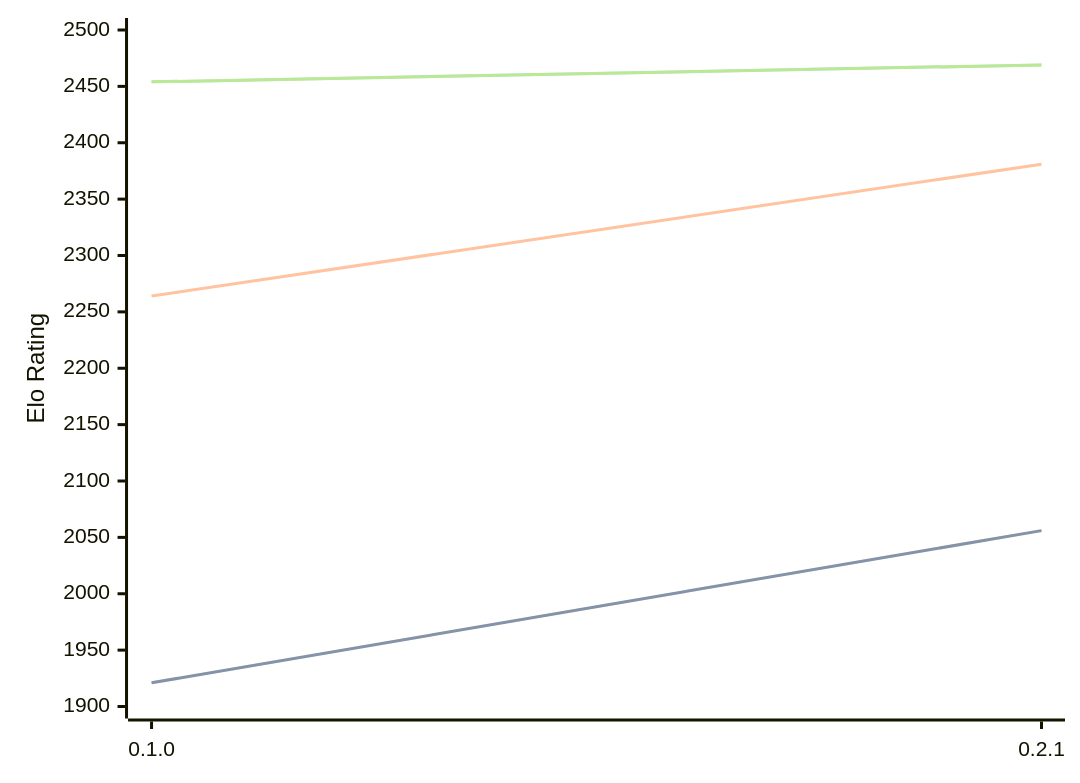
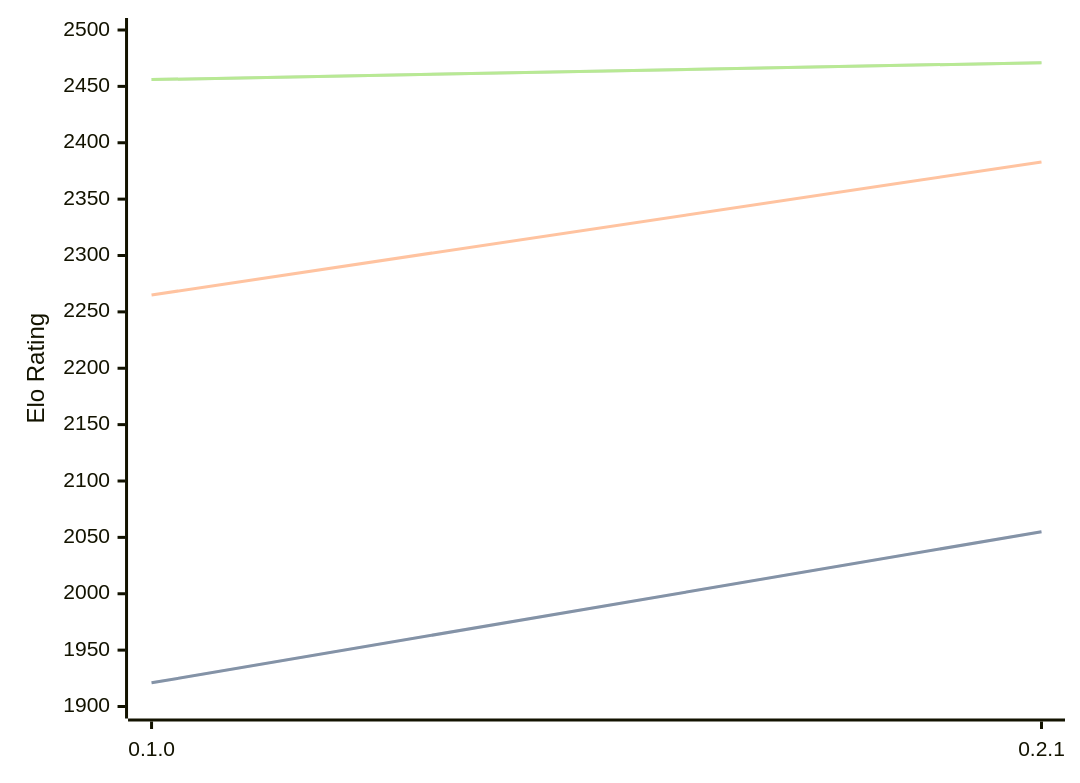
One commit to computer-chess-index/cci changed the diagram in engines/Sykora.md. Above: the diagram before and after it, drawn with Mermaid. The commit also changed other lines of this file, not shown here.

Commit message:
Update CCI Ratings (ELO VLTC) - 2026-04-25

````diff
--- a/engines/Sykora.md
+++ b/engines/Sykora.md
@@ -33,11 +33,11 @@
 ```mermaid
 %%{init: {"theme":"base","themeVariables":{"seriesColors:['#a3a3a3','#222221','#faa371']}}}%%
 xychart-beta
   x-axis ["0.1.0", "0.2.1"]
   y-axis "Elo Rating" 1900 --> 2500
-  line "STC (8.0+0.08s)" [1921, 2056]
-  line "STC (8.0+0.08s)" [1921, 2056]
-  line "LTC (60.0+0.60s)" [2264, 2381]
-  line "VLTC (2m24s+1.12s)" [2454, 2469]
-  line "VLTC (2m24s+1.12s)" [2454, 2469]
+  line "STC (8.0+0.08s)" [1921, 2055]
+  line "STC (8.0+0.08s)" [1921, 2055]
+  line "LTC (60.0+0.60s)" [2265, 2383]
+  line "VLTC (2m24s+1.12s)" [2456, 2471]
+  line "VLTC (2m24s+1.12s)" [2456, 2471]
 ```
````
